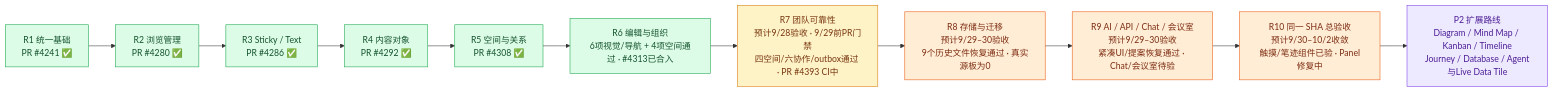
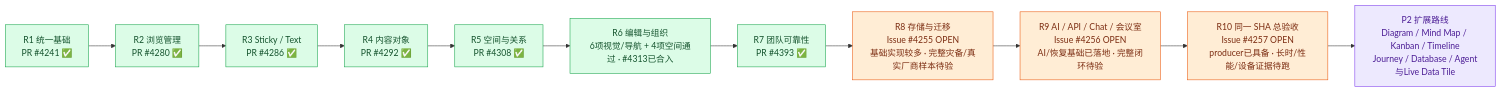
Before and after one commit to boardx/workspacex: the first of 4 diagrams in phases/phase-19-board-visual-workspace/design-deltas/2026-09-26-unified-board-plan.md, drawn with Mermaid. The commit also changed other lines of this file, not shown here.

````diff
--- a/phases/phase-19-board-visual-workspace/design-deltas/2026-09-26-unified-board-plan.md
+++ b/phases/phase-19-board-visual-workspace/design-deltas/2026-09-26-unified-board-plan.md
@@ -25,20 +27,20 @@
 ```mermaid
 flowchart LR
   R1["R1 统一基础<br/>PR #4241 ✅"]:::merged --> R2["R2 浏览管理<br/>PR #4280 ✅"]:::merged
   R2 --> R3["R3 Sticky / Text<br/>PR #4286 ✅"]:::merged
   R3 --> R4["R4 内容对象<br/>PR #4292 ✅"]:::merged
   R4 --> R5["R5 空间与关系<br/>PR #4308 ✅"]:::merged
   R5 --> R6["R6 编辑与组织<br/>6项视觉/导航 + 4项空间通过 · #4313已合入"]:::merged
-  R6 --> R7["R7 团队可靠性<br/>预计9/28验收 · 9/29前PR门禁<br/>四空间/六协作/outbox通过 · PR #4393 CI中"]:::accepting
-  R7 --> R8["R8 存储与迁移<br/>预计9/29–30验收<br/>9个历史文件恢复通过 · 真实源板为0"]:::working
-  R8 --> R9["R9 AI / API / Chat / 会议室<br/>预计9/29–30验收<br/>紧凑UI/提案恢复通过 · Chat/会议室待验"]:::working
-  R9 --> R10["R10 同一 SHA 总验收<br/>预计9/30–10/2收敛<br/>触摸/笔迹组件已验 · Panel修复中"]:::working
+  R6 --> R7["R7 团队可靠性<br/>PR #4393 ✅"]:::merged
+  R7 --> R8["R8 存储与迁移<br/>Issue #4255 OPEN<br/>基础实现较多 · 完整灾备/真实厂商样本待验"]:::working
+  R8 --> R9["R9 AI / API / Chat / 会议室<br/>Issue #4256 OPEN<br/>AI/恢复基础已落地 · 完整闭环待验"]:::working
+  R9 --> R10["R10 同一 SHA 总验收<br/>Issue #4257 OPEN<br/>producer已具备 · 长时/性能/设备证据待跑"]:::working
   R10 --> P2["P2 扩展路线<br/>Diagram / Mind Map / Kanban / Timeline<br/>Journey / Database / Agent与Live Data Tile"]:::future
   classDef merged fill:#dcfce7,stroke:#16a34a,color:#14532d
   classDef accepting fill:#fef3c7,stroke:#d97706,color:#78350f
   classDef ready fill:#dbeafe,stroke:#2563eb,color:#1e3a8a
   classDef working fill:#ffedd5,stroke:#ea580c,color:#7c2d12
   classDef blocked fill:#fee2e2,stroke:#dc2626,color:#7f1d1d
   classDef todo fill:#f1f5f9,stroke:#64748b,color:#334155
   classDef future fill:#ede9fe,stroke:#7c3aed,color:#4c1d95
 ```
````
